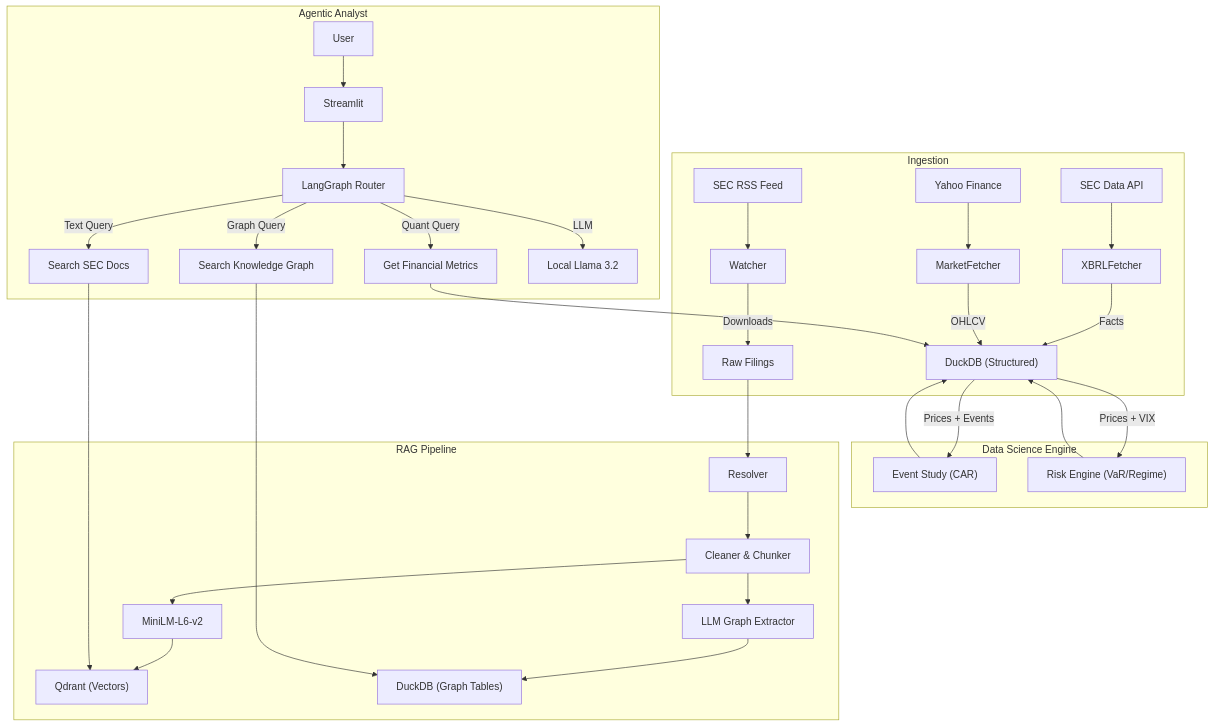
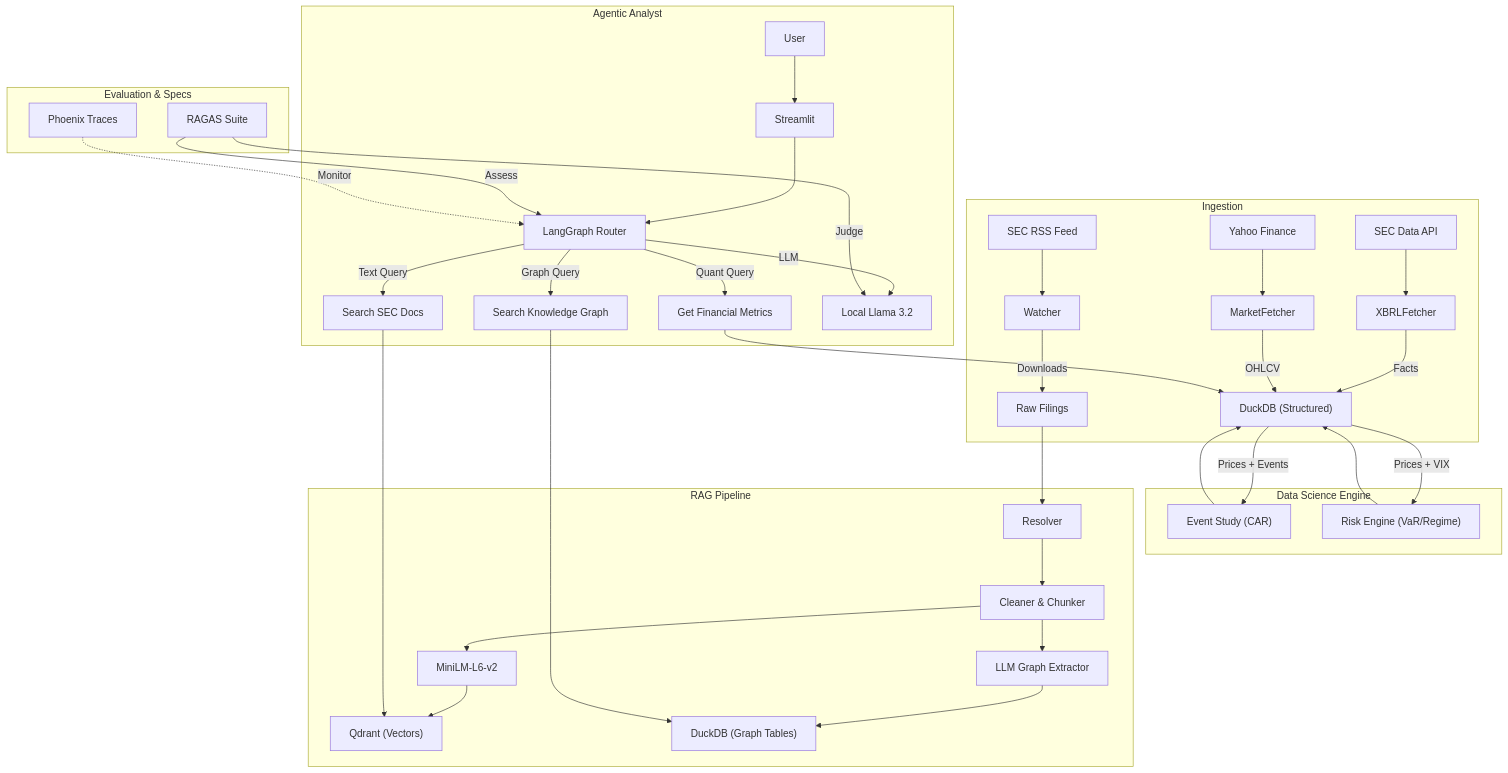
Before and after one commit to kaushikkumarkr/EDGAR-AlphaOps: the diagram in README.md, drawn with Mermaid.

Commit message:
docs: Update Architecture Diagram with RAGAS and Observability

````diff
--- a/README.md
+++ b/README.md
@@ -10,39 +10,45 @@
 ```mermaid
 graph TD
     subgraph Ingestion
         RSS["SEC RSS Feed"] --> Watcher
         API["SEC Data API"] --> XBRLFetcher
         YF["Yahoo Finance"] --> MarketFetcher
         Watcher -->|Downloads| HTML["Raw Filings"]
         XBRLFetcher -->|Facts| SQL["DuckDB (Structured)"]
         MarketFetcher -->|OHLCV| SQL
     end
 
     subgraph "Data Science Engine"
         SQL -->|Prices + Events| EventStudy["Event Study (CAR)"]
         SQL -->|Prices + VIX| RiskModel["Risk Engine (VaR/Regime)"]
         EventStudy --> SQL
         RiskModel --> SQL
     end
 
     subgraph "RAG Pipeline"
         HTML --> Resolver
         Resolver --> Processor["Cleaner & Chunker"]
         Processor --> Embedder["MiniLM-L6-v2"]
         Processor --> GraphExtractor["LLM Graph Extractor"]
         Embedder --> Vector["Qdrant (Vectors)"]
         GraphExtractor --> Graph["DuckDB (Graph Tables)"]
     end
 
     subgraph "Agentic Analyst"
         User --> Streamlit
         Streamlit --> Agent["LangGraph Router"]
         Agent -->|Text Query| ToolVector["Search SEC Docs"]
         Agent -->|Graph Query| ToolGraph["Search Knowledge Graph"]
         Agent -->|Quant Query| ToolDS["Get Financial Metrics"]
         ToolVector --> Vector
         ToolGraph --> Graph
         ToolDS --> SQL
         Agent -->|LLM| MLX["Local Llama 3.2"]
     end
+    
+    subgraph "Evaluation & Specs"
+        Eval["RAGAS Suite"] -->|Assess| Agent
+        Eval -->|Judge| MLX
+        Observability["Phoenix Traces"] -.->|Monitor| Agent
+    end
 ```
````
